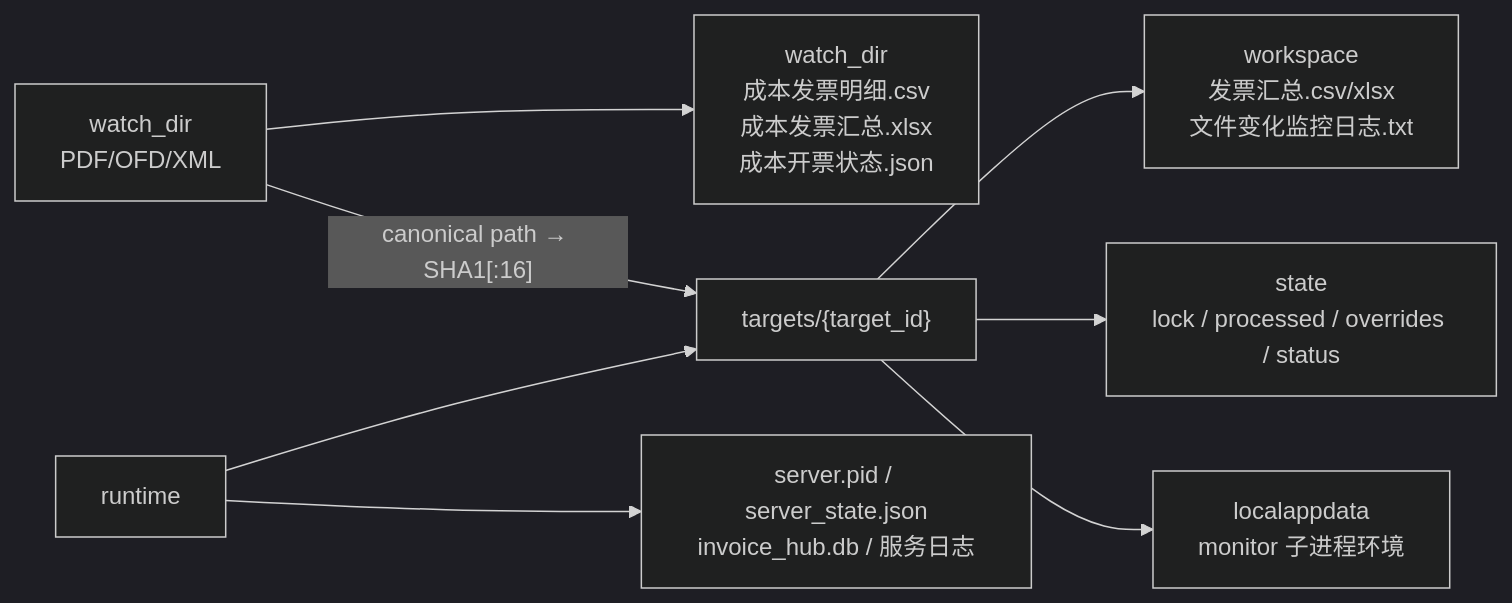
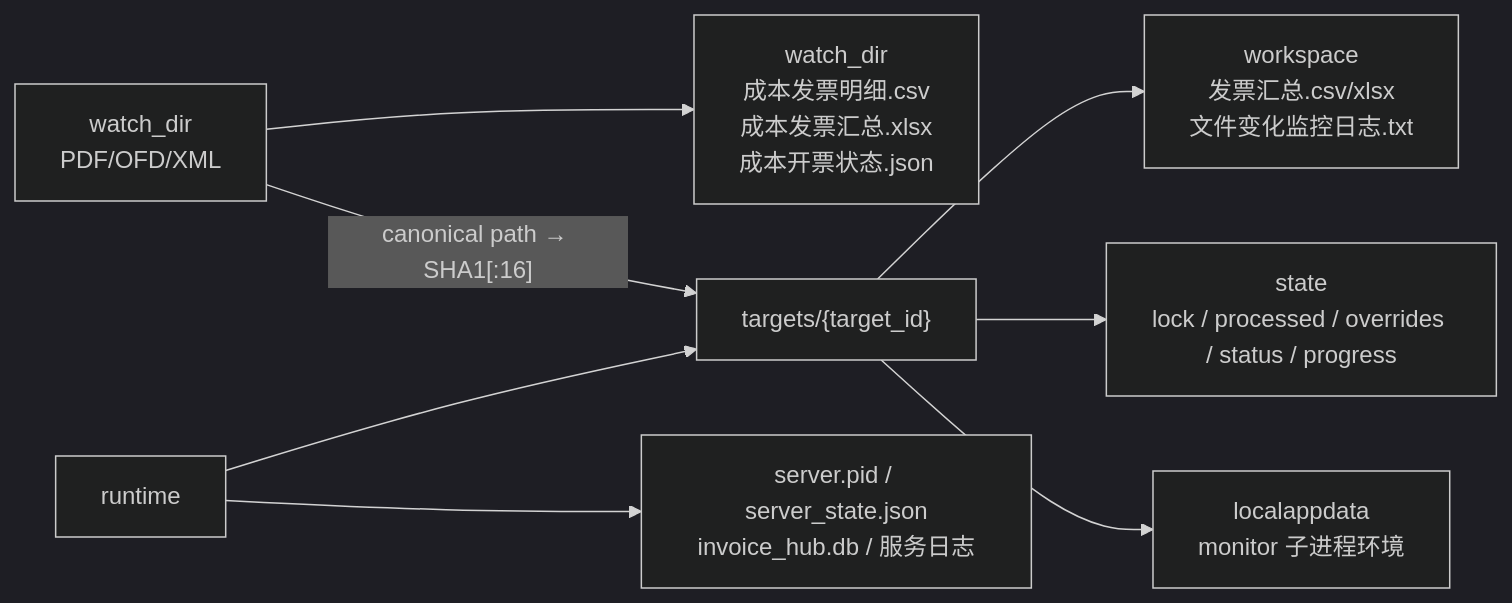
The second of 2 diagrams in docs/DEVELOPMENT_ARCHITECTURE.md (lyc1126/InvoiceHub), drawn with Mermaid (dark theme) before and after one commit. The commit also changed other lines of this file and 46 other files, not shown here.

````diff
--- a/docs/DEVELOPMENT_ARCHITECTURE.md
+++ b/docs/DEVELOPMENT_ARCHITECTURE.md
@@ -193,19 +196,19 @@
 ```mermaid
 flowchart LR
     Watch["watch_dir<br/>PDF/OFD/XML"]
     Cost["watch_dir<br/>成本发票明细.csv<br/>成本发票汇总.xlsx<br/>成本开票状态.json"]
     Runtime["runtime"]
     Profile["targets/{target_id}"]
     Workspace["workspace<br/>发票汇总.csv/xlsx<br/>文件变化监控日志.txt"]
-    State["state<br/>lock / processed / overrides / status"]
+    State["state<br/>lock / processed / overrides / status / progress"]
     Local["localappdata<br/>monitor 子进程环境"]
     Global["server.pid / server_state.json<br/>invoice_hub.db / 服务日志"]
 
     Watch --> Cost
     Watch -->|"canonical path → SHA1[:16]"| Profile
     Runtime --> Profile
     Profile --> Workspace
     Profile --> State
     Profile --> Local
     Runtime --> Global
 ```
````
